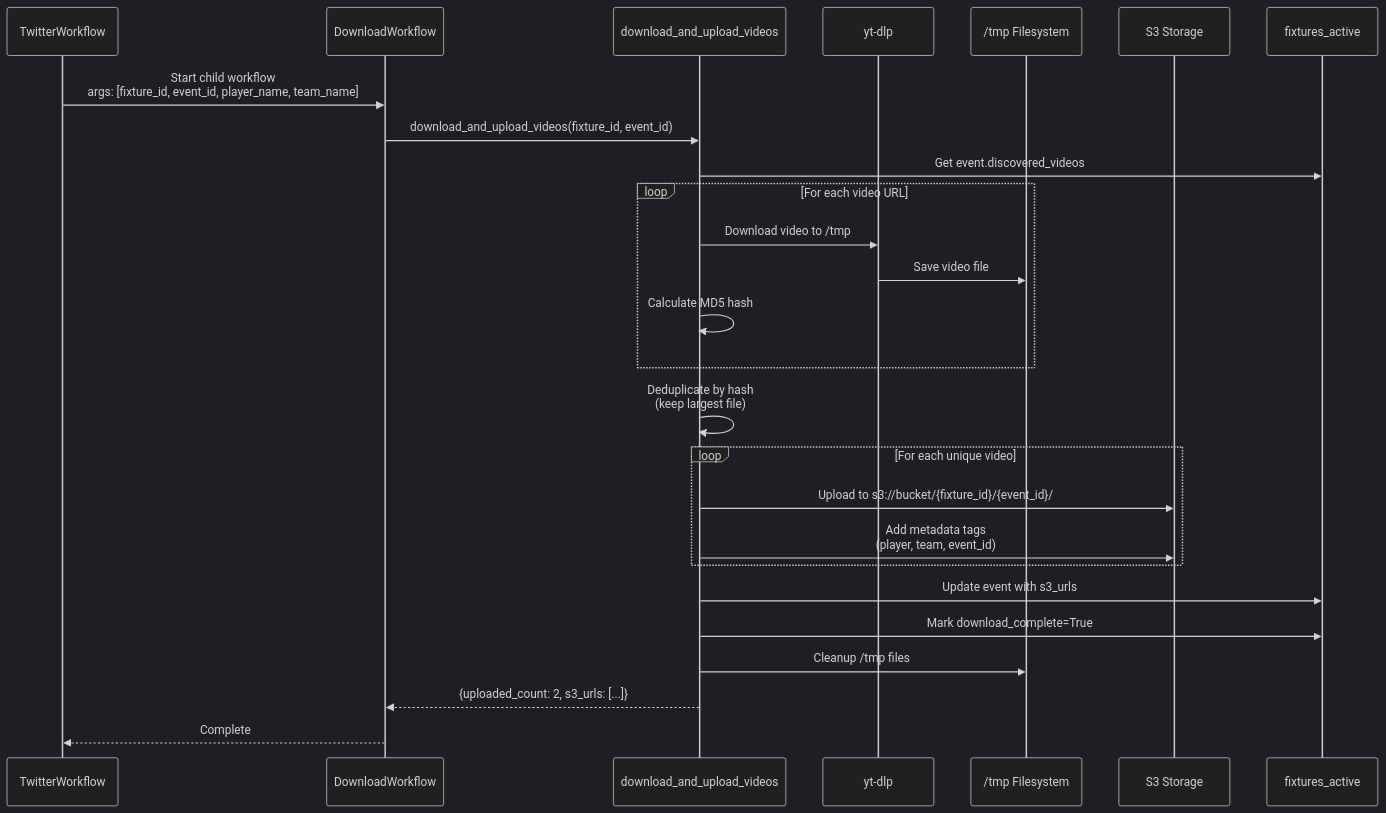
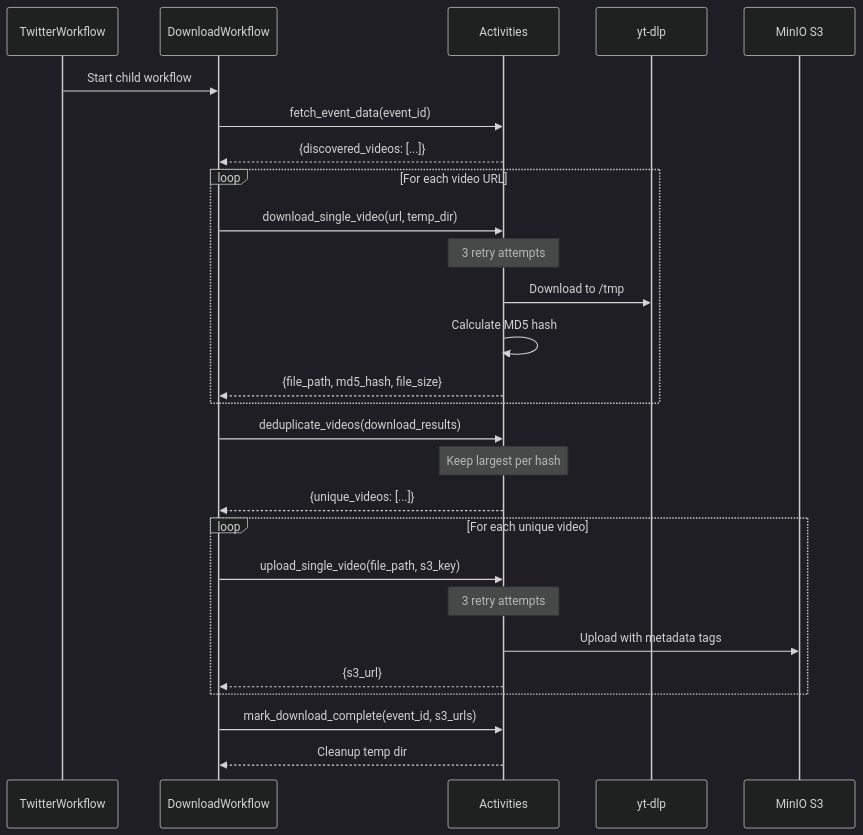
The sixth of 6 diagrams in TEMPORAL_WORKFLOWS.md (vedantadhobley/found-footy), drawn with Mermaid (dark theme) before and after one commit. The commit also changed other lines of this file and 32 other files, not shown here.

````diff
--- a/TEMPORAL_WORKFLOWS.md
+++ b/TEMPORAL_WORKFLOWS.md
@@ -608,36 +285,35 @@
 ```mermaid
 sequenceDiagram
     participant TW as TwitterWorkflow
     participant DW as DownloadWorkflow
-    participant Act as download_and_upload_videos
+    participant Act as Activities
     participant YT as yt-dlp
-    participant FS as /tmp Filesystem
-    participant S3 as S3 Storage
-    participant Active as fixtures_active
+    participant S3 as MinIO S3
     
-    TW->>DW: Start child workflow<br/>args: [fixture_id, event_id, player_name, team_name]
+    TW->>DW: Start child workflow
     
-    DW->>Act: download_and_upload_videos(fixture_id, event_id)
-    Act->>Active: Get event.discovered_videos
+    DW->>Act: fetch_event_data(event_id)
+    Act-->>DW: {discovered_videos: [...]}
     
     loop For each video URL
-        Act->>YT: Download video to /tmp
-        YT->>FS: Save video file
+        DW->>Act: download_single_video(url, temp_dir)
+        Note over Act: 3 retry attempts
+        Act->>YT: Download to /tmp
         Act->>Act: Calculate MD5 hash
+        Act-->>DW: {file_path, md5_hash, file_size}
     end
     
-    Act->>Act: Deduplicate by hash<br/>(keep largest file)
+    DW->>Act: deduplicate_videos(download_results)
+    Note over Act: Keep largest per hash
+    Act-->>DW: {unique_videos: [...]}
     
     loop For each unique video
-        Act->>S3: Upload to s3://bucket/{fixture_id}/{event_id}/
-        Act->>S3: Add metadata tags<br/>(player, team, event_id)
+        DW->>Act: upload_single_video(file_path, s3_key)
+        Note over Act: 3 retry attempts
+        Act->>S3: Upload with metadata tags
+        Act-->>DW: {s3_url}
     end
     
-    Act->>Active: Update event with s3_urls
-    Act->>Active: Mark download_complete=True
-    Act->>FS: Cleanup /tmp files
-    
-    Act-->>DW: {uploaded_count: 2, s3_urls: [...]}
-    
-    DW-->>TW: Complete
+    DW->>Act: mark_download_complete(event_id, s3_urls)
+    Act-->>DW: Cleanup temp dir
 ```
````
